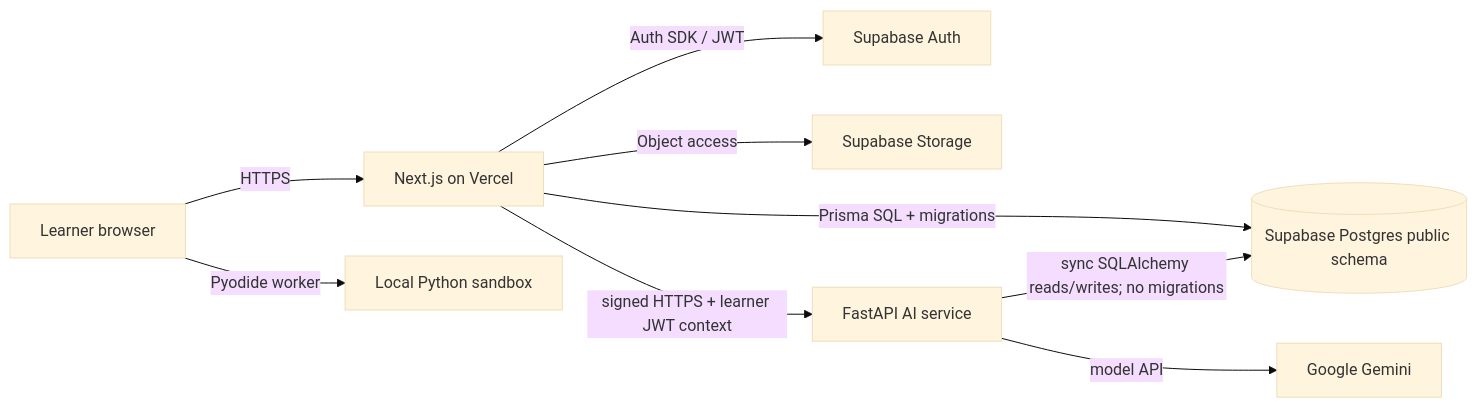
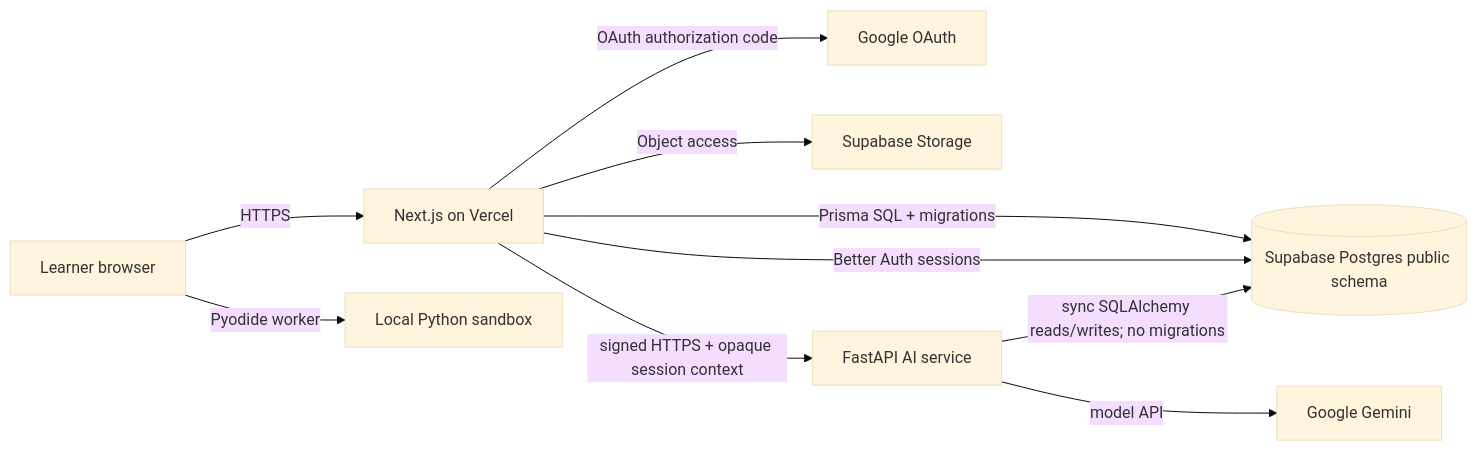
Before and after one commit to Victoris-5-0/TICO: the diagram in docs/05-system-architecture.md, drawn with Mermaid (base theme). The commit also changed other lines of this file and 58 other files, not shown here.

Commit message:
feat(auth): migrate to Better Auth, add route protection, and Tico/Tika onboarding

````diff
--- a/docs/05-system-architecture.md
+++ b/docs/05-system-architecture.md
@@ -5,11 +5,12 @@
 ```mermaid
 flowchart LR
     U[Learner browser] -->|HTTPS| N[Next.js on Vercel]
     U -->|Pyodide worker| P[Local Python sandbox]
     N -->|Prisma SQL + migrations| D[(Supabase Postgres public schema)]
-    N -->|Auth SDK / JWT| A[Supabase Auth]
+    N -->|Better Auth sessions| D
+    N -->|OAuth authorization code| A[Google OAuth]
     N -->|Object access| S[Supabase Storage]
-    N -->|signed HTTPS + learner JWT context| F[FastAPI AI service]
+    N -->|signed HTTPS + opaque session context| F[FastAPI AI service]
     F -->|sync SQLAlchemy reads/writes; no migrations| D
     F -->|model API| G[Google Gemini]
 ```
````
